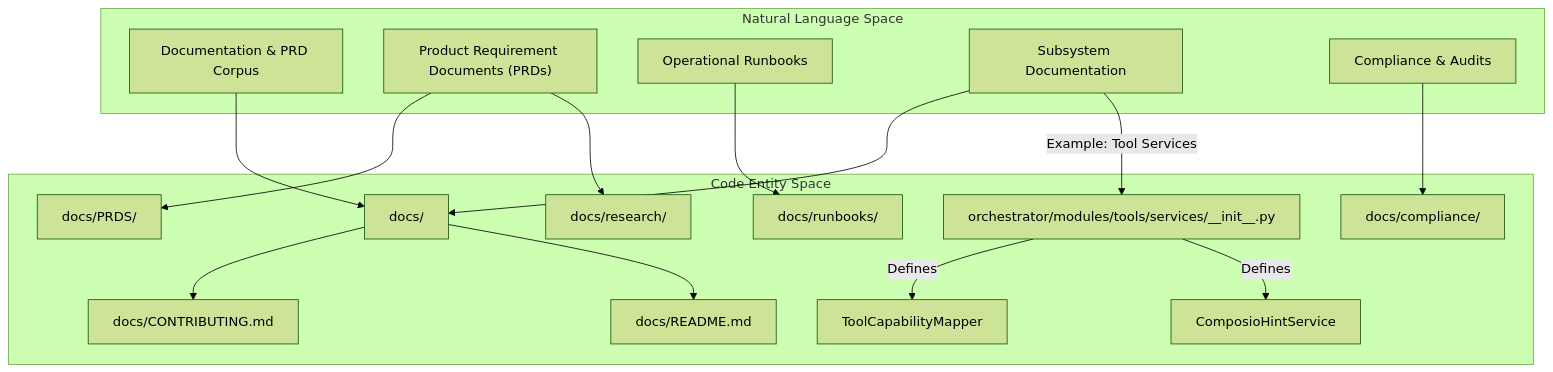
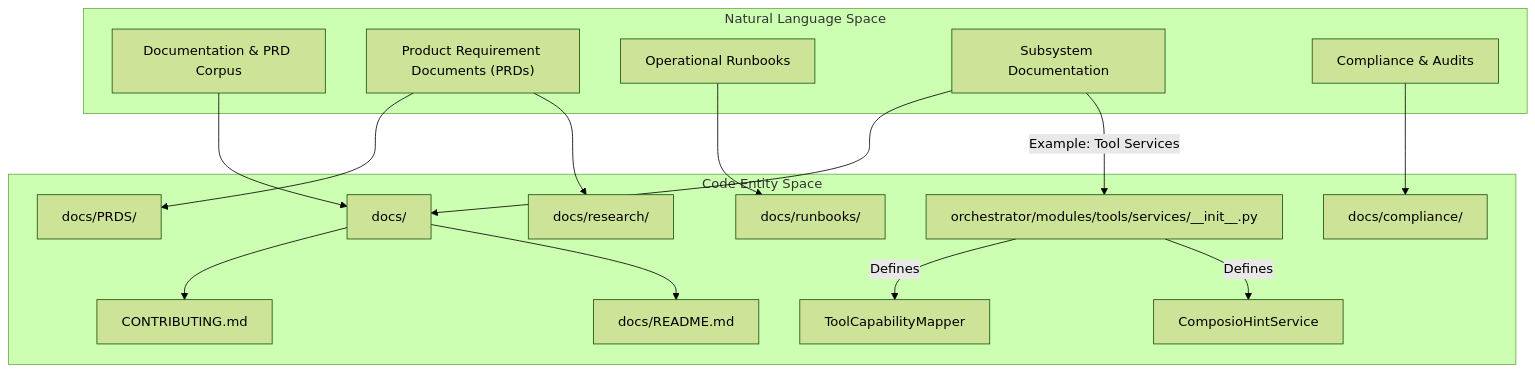
One commit to AutomatosAI/automatos-ai changed the second of 2 diagrams in docs/documentation-prd-corpus/_index.md. Above: the diagram before and after it, drawn with Mermaid (forest theme). The commit also changed other lines of this file and 10 other files, not shown here.

````diff
--- a/docs/documentation-prd-corpus/_index.md
+++ b/docs/documentation-prd-corpus/_index.md
@@ -109,37 +109,37 @@
 ```mermaid
 graph TD
     subgraph "Natural Language Space"
         NL_DOC["Documentation & PRD Corpus"]
         NL_PRD["Product Requirement Documents (PRDs)"]
         NL_RUNBOOK["Operational Runbooks"]
         NL_SUBSYS_DOC["Subsystem Documentation"]
         NL_COMPLIANCE["Compliance & Audits"]
     end
 
     subgraph "Code Entity Space"
         CE_DOCS_DIR["docs/"]
         CE_PRDS_DIR["docs/PRDS/"]
         CE_RESEARCH_DIR["docs/research/"]
         CE_RUNBOOKS_DIR["docs/runbooks/"]
         CE_COMPLIANCE_DIR["docs/compliance/"]
-        CE_CONTRIB_MD["docs/CONTRIBUTING.md"]
+        CE_CONTRIB_MD["CONTRIBUTING.md"]
         CE_README_MD["docs/README.md"]
         CE_TOOL_SERVICES["orchestrator/modules/tools/services/__init__.py"]
         CE_TOOL_CAP_MAPPER["ToolCapabilityMapper"]
         CE_COMPOSIO_HINT_SERVICE["ComposioHintService"]
     end
 
     NL_DOC --> CE_DOCS_DIR
     NL_PRD --> CE_PRDS_DIR
     NL_PRD --> CE_RESEARCH_DIR
     NL_RUNBOOK --> CE_RUNBOOKS_DIR
     NL_SUBSYS_DOC --> CE_DOCS_DIR
     NL_COMPLIANCE --> CE_COMPLIANCE_DIR
 
     CE_DOCS_DIR --> CE_CONTRIB_MD
     CE_DOCS_DIR --> CE_README_MD
 
     NL_SUBSYS_DOC -- "Example: Tool Services" --> CE_TOOL_SERVICES
     CE_TOOL_SERVICES -- "Defines" --> CE_TOOL_CAP_MAPPER
     CE_TOOL_SERVICES -- "Defines" --> CE_COMPOSIO_HINT_SERVICE
 ```
````
